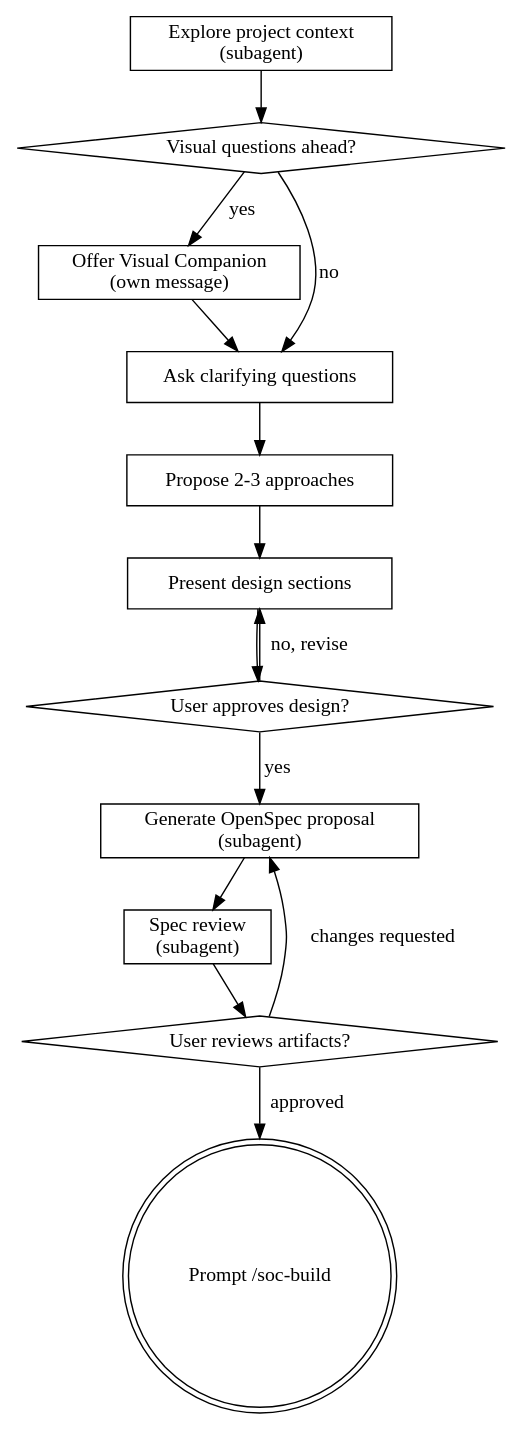
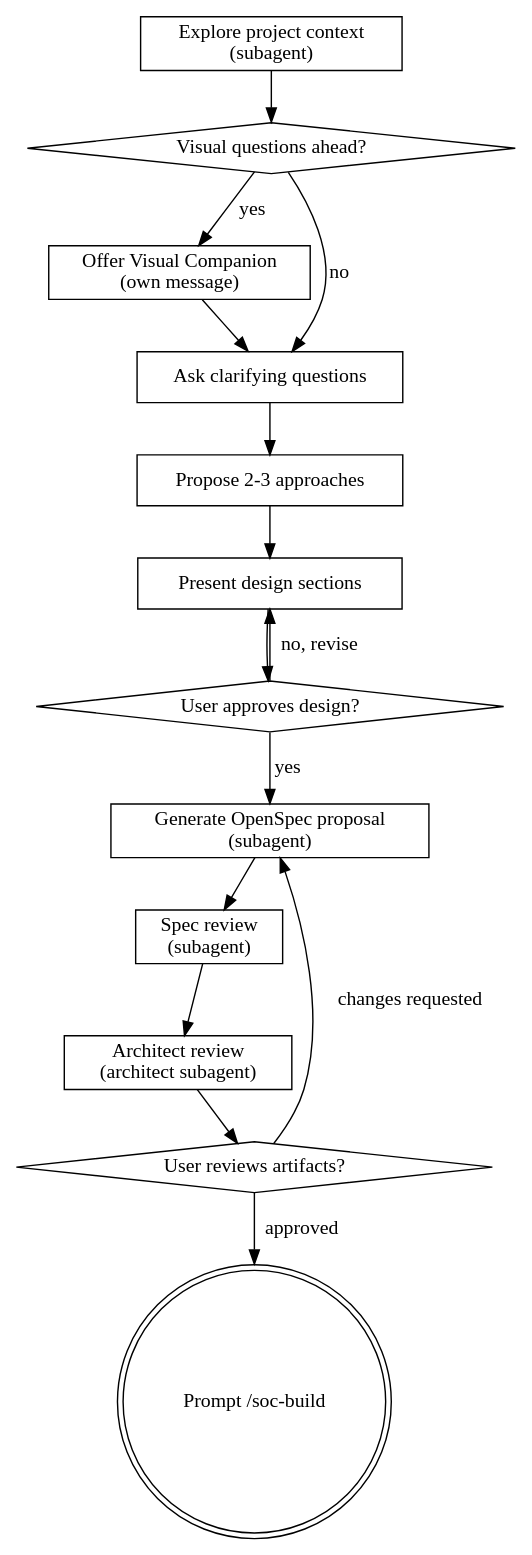
The diagram in soc-spec/SKILL.md (jingyuan-opc/auto-coding), drawn with Graphviz before and after one commit. The commit also changed other lines of this file and 12 other files, not shown here.

````diff
--- a/soc-spec/SKILL.md
+++ b/soc-spec/SKILL.md
@@ -44,29 +46,31 @@
 ```dot
 digraph brainstorming {
     "Explore project context\n(subagent)" [shape=box];
     "Visual questions ahead?" [shape=diamond];
     "Offer Visual Companion\n(own message)" [shape=box];
     "Ask clarifying questions" [shape=box];
     "Propose 2-3 approaches" [shape=box];
     "Present design sections" [shape=box];
     "User approves design?" [shape=diamond];
     "Generate OpenSpec proposal\n(subagent)" [shape=box];
     "Spec review\n(subagent)" [shape=box];
+    "Architect review\n(architect subagent)" [shape=box];
     "User reviews artifacts?" [shape=diamond];
     "Prompt /soc-build" [shape=doublecircle];
 
     "Explore project context\n(subagent)" -> "Visual questions ahead?";
     "Visual questions ahead?" -> "Offer Visual Companion\n(own message)" [label="yes"];
     "Visual questions ahead?" -> "Ask clarifying questions" [label="no"];
     "Offer Visual Companion\n(own message)" -> "Ask clarifying questions";
     "Ask clarifying questions" -> "Propose 2-3 approaches";
     "Propose 2-3 approaches" -> "Present design sections";
     "Present design sections" -> "User approves design?";
     "User approves design?" -> "Present design sections" [label="no, revise"];
     "User approves design?" -> "Generate OpenSpec proposal\n(subagent)" [label="yes"];
     "Generate OpenSpec proposal\n(subagent)" -> "Spec review\n(subagent)";
-    "Spec review\n(subagent)" -> "User reviews artifacts?";
+    "Spec review\n(subagent)" -> "Architect review\n(architect subagent)";
+    "Architect review\n(architect subagent)" -> "User reviews artifacts?";
     "User reviews artifacts?" -> "Generate OpenSpec proposal\n(subagent)" [label="changes requested"];
     "User reviews artifacts?" -> "Prompt /soc-build" [label="approved"];
 }
 ```
````
